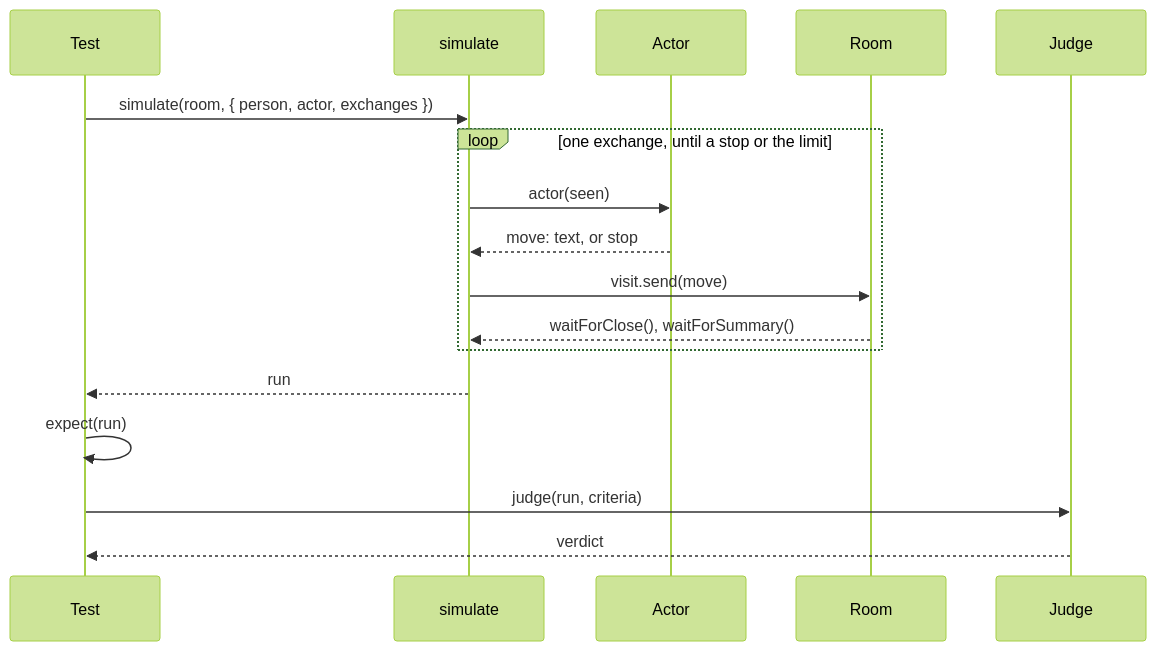
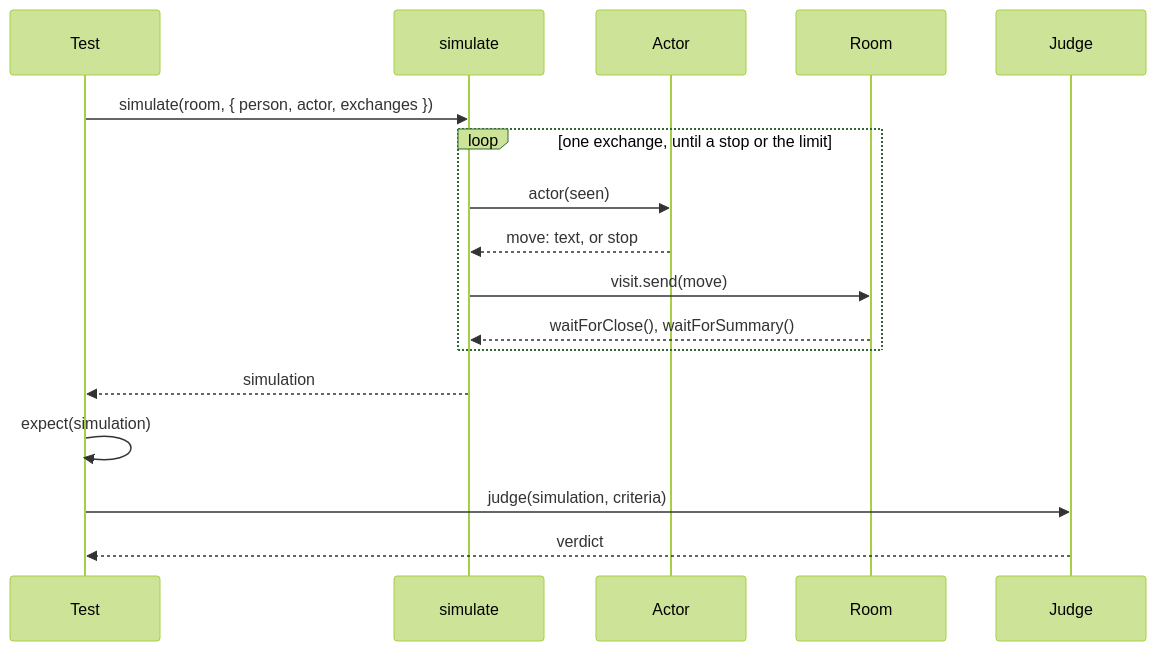
One commit to ambionframework/ambion changed the diagram in docs/simulator.md. Above: the diagram before and after it, drawn with Mermaid (forest theme). The commit also changed other lines of this file and 38 other files, not shown here.

````diff
--- a/docs/simulator.md
+++ b/docs/simulator.md
@@ -80,19 +80,19 @@
 ```mermaid
 sequenceDiagram
     participant T as Test
     participant S as simulate
     participant A as Actor
     participant R as Room
     participant J as Judge
     T->>S: simulate(room, { person, actor, exchanges })
     loop one exchange, until a stop or the limit
         S->>A: actor(seen)
         A-->>S: move: text, or stop
         S->>R: visit.send(move)
         R-->>S: waitForClose(), waitForSummary()
     end
-    S-->>T: run
-    T->>T: expect(run)
-    T->>J: judge(run, criteria)
+    S-->>T: simulation
+    T->>T: expect(simulation)
+    T->>J: judge(simulation, criteria)
     J-->>T: verdict
 ```
````
